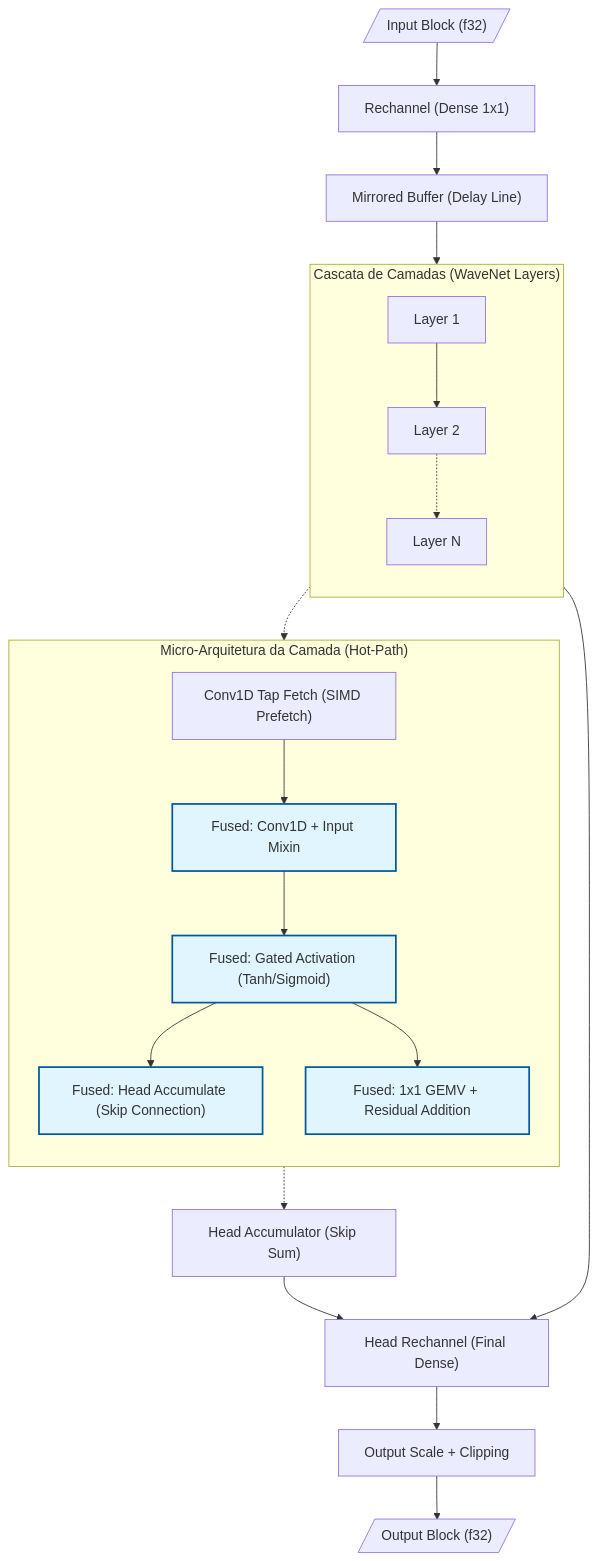
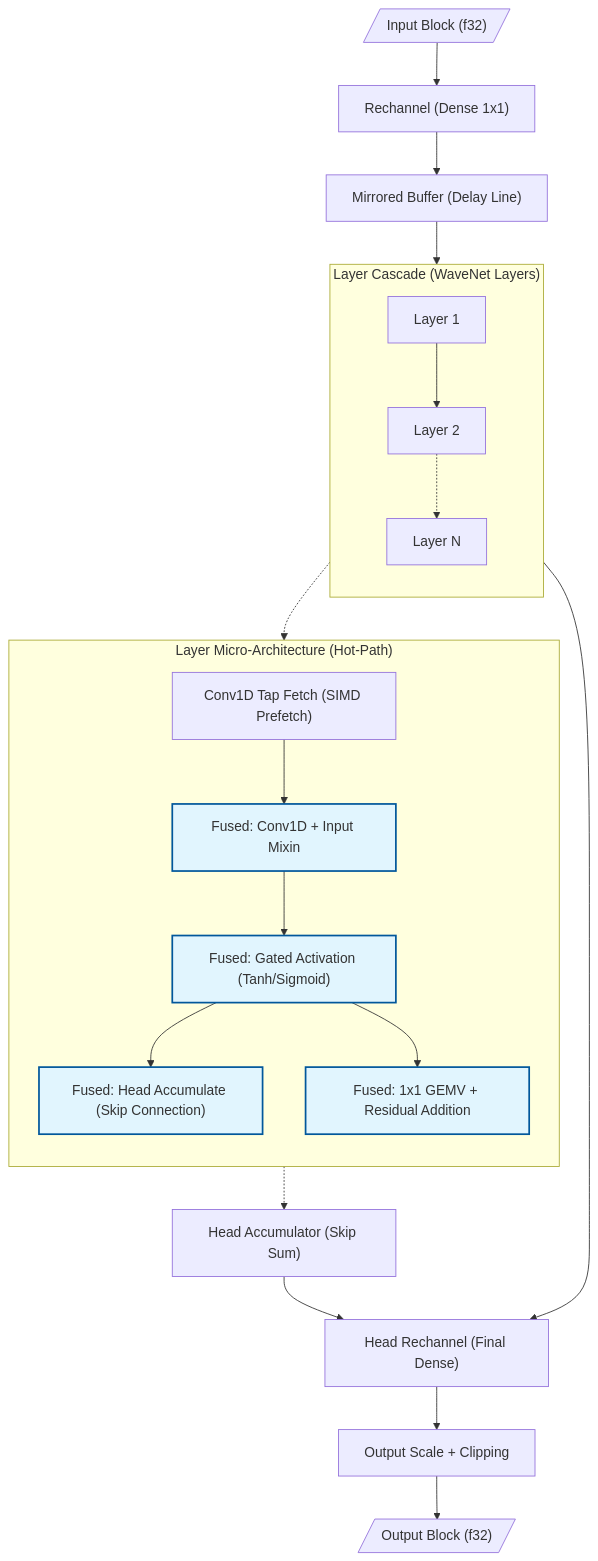
One commit to fabiohl/nam-rs changed the first of 3 diagrams in docs/architecture.md. Above: the diagram before and after it, drawn with Mermaid. The commit also changed other lines of this file and 11 other files, not shown here.

````diff
--- a/docs/architecture.md
+++ b/docs/architecture.md
@@ -68,32 +64,32 @@
 ```mermaid
 graph TD
     In[/"Input Block (f32)"/] --> RC["Rechannel (Dense 1x1)"]
     RC --> MB["Mirrored Buffer (Delay Line)"]
 
-    subgraph LayerCascade ["Cascata de Camadas (WaveNet Layers)"]
+    subgraph LayerCascade ["Layer Cascade (WaveNet Layers)"]
         direction TB
         L1["Layer 1"] --> L2["Layer 2"]
         L2 -.-> LN["Layer N"]
     end
 
     MB --> LayerCascade
 
-    subgraph Internal ["Micro-Arquitetura da Camada (Hot-Path)"]
+    subgraph Internal ["Layer Micro-Architecture (Hot-Path)"]
         direction TB
         S1["Conv1D Tap Fetch (SIMD Prefetch)"] --> S2["Fused: Conv1D + Input Mixin"]
         S2 --> S3["Fused: Gated Activation (Tanh/Sigmoid)"]
         S3 --> S4["Fused: Head Accumulate (Skip Connection)"]
         S3 --> S5["Fused: 1x1 GEMV + Residual Addition"]
     end
 
     LayerCascade -.-> Internal
 
     LN --> HR["Head Rechannel (Final Dense)"]
     S4 -.-> HA["Head Accumulator (Skip Sum)"]
     HA --> HR
     HR --> SC["Output Scale + Clipping"]
     SC --> Out[/"Output Block (f32)"/]
 
     classDef fused fill:#e1f5fe,stroke:#01579b,stroke-width:2px;
     class S2,S3,S4,S5 fused;
 ```
````
